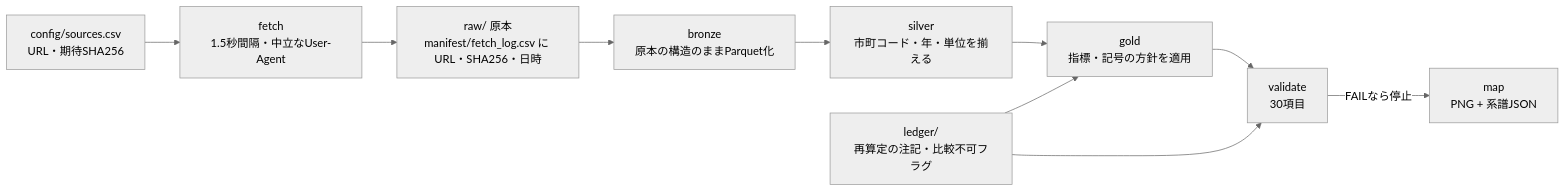
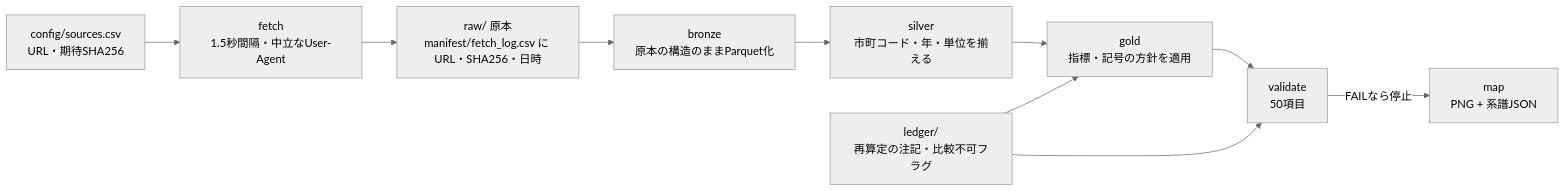
Before and after one commit to hamaguti0000/nagasaki-platform: the diagram in README.md, drawn with Mermaid (neutral theme). The commit also changed other lines of this file and 10 other files, not shown here.

````diff
--- a/README.md
+++ b/README.md
@@ -93,12 +93,12 @@
 ```mermaid
 flowchart LR
   A[config/sources.csv<br/>URL・期待SHA256] --> B[fetch<br/>1.5秒間隔・中立なUser-Agent]
   B --> C[raw/ 原本<br/>manifest/fetch_log.csv に URL・SHA256・日時]
   C --> D[bronze<br/>原本の構造のままParquet化]
   D --> E[silver<br/>市町コード・年・単位を揃える]
   E --> F[gold<br/>指標・記号の方針を適用]
-  F --> G[validate<br/>30項目]
+  F --> G[validate<br/>50項目]
   G -->|FAILなら停止| H[map<br/>PNG + 系譜JSON]
   I[ledger/<br/>再算定の注記・比較不可フラグ] --> G
   I --> F
 ```
````
